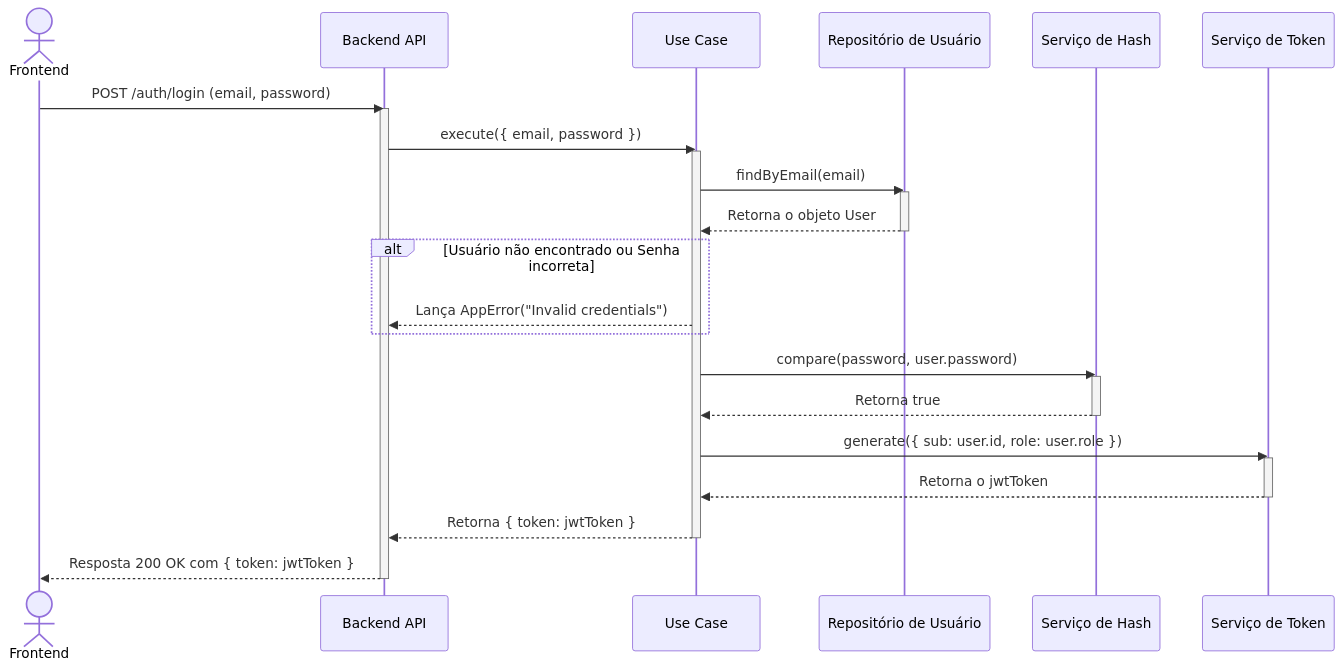
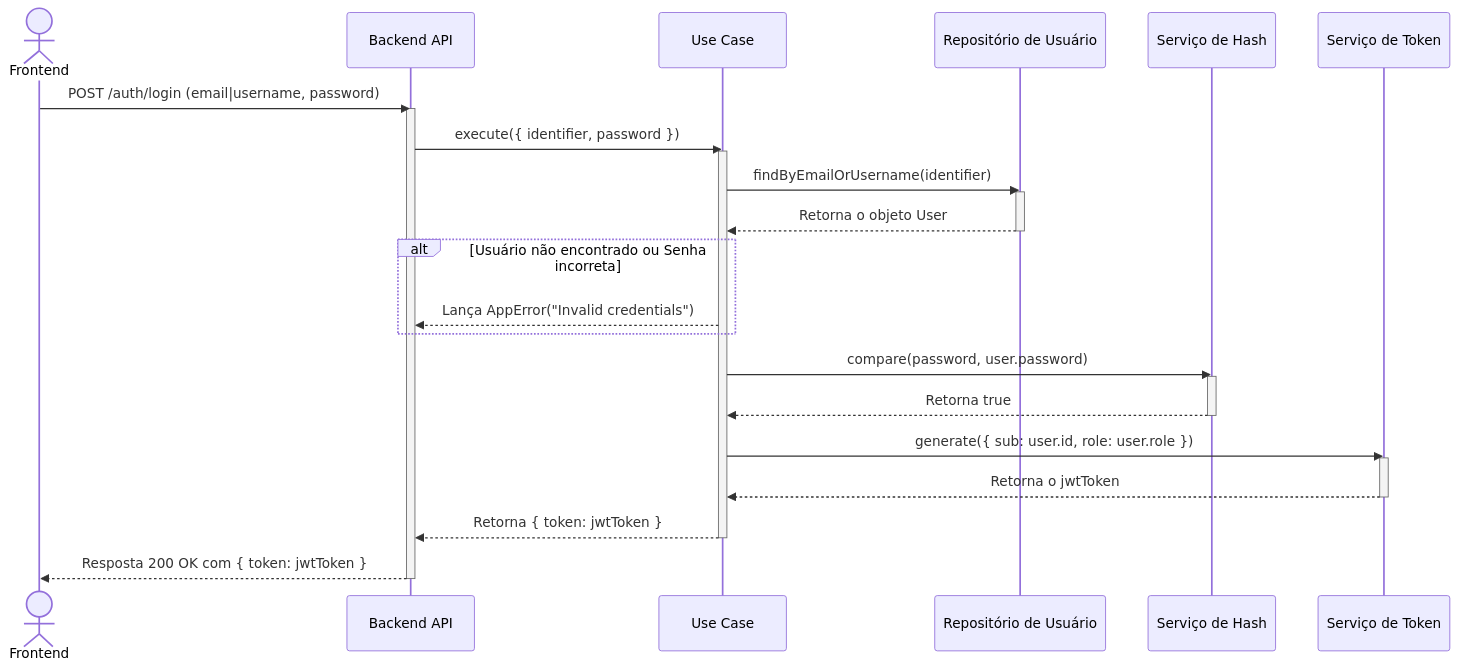
Before and after one commit to RafaelVsc/ponto-de-aula-web: the third of 3 diagrams in docs/ARQUITETURA_E_DESAFIO.md, drawn with Mermaid. The commit also changed other lines of this file, not shown here.

````diff
--- a/docs/ARQUITETURA_E_DESAFIO.md
+++ b/docs/ARQUITETURA_E_DESAFIO.md
@@ -71,40 +100,40 @@
 ```mermaid
 sequenceDiagram
     actor Client as Frontend
     participant LoginController as Backend API
     participant LoginUseCase as Use Case
     participant UserRepo as Repositório de Usuário
     participant Hasher as Serviço de Hash
     participant TokenSvc as Serviço de Token
 
-    Client->>LoginController: POST /auth/login (email, password)
+    Client->>LoginController: POST /auth/login (email|username, password)
     activate LoginController
 
-    LoginController->>LoginUseCase: execute({ email, password })
+    LoginController->>LoginUseCase: execute({ identifier, password })
     activate LoginUseCase
 
-    LoginUseCase->>UserRepo: findByEmail(email)
+    LoginUseCase->>UserRepo: findByEmailOrUsername(identifier)
     activate UserRepo
     UserRepo-->>LoginUseCase: Retorna o objeto User
     deactivate UserRepo
 
     alt Usuário não encontrado ou Senha incorreta
         LoginUseCase-->>LoginController: Lança AppError("Invalid credentials")
     end
 
     LoginUseCase->>Hasher: compare(password, user.password)
     activate Hasher
     Hasher-->>LoginUseCase: Retorna true
     deactivate Hasher
 
     LoginUseCase->>TokenSvc: generate({ sub: user.id, role: user.role })
     activate TokenSvc
     TokenSvc-->>LoginUseCase: Retorna o jwtToken
     deactivate TokenSvc
 
     LoginUseCase-->>LoginController: Retorna { token: jwtToken }
     deactivate LoginUseCase
 
     LoginController-->>Client: Resposta 200 OK com { token: jwtToken }
     deactivate LoginController
 ```
````
